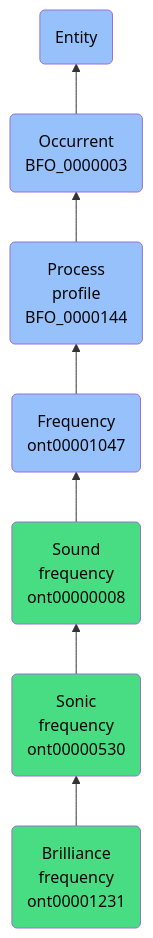
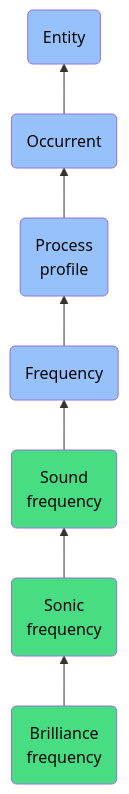
Before and after one commit to jupyter-naas/abi: the diagram in docs/ontology/reference/model/Entity/Occurrent/Process profile/Frequency/Sound frequency/Sonic frequency/Brilliance frequency/Brilliance frequency.md, drawn with Mermaid. The commit also changed other lines of this file and 1430 other files, not shown here.

````diff
--- a/docs/ontology/reference/model/Entity/Occurrent/Process profile/Frequency/Sound frequency/Sonic frequency/Brilliance frequency/Brilliance frequency.md
+++ b/docs/ontology/reference/model/Entity/Occurrent/Process profile/Frequency/Sound frequency/Sonic frequency/Brilliance frequency/Brilliance frequency.md
@@ -24,14 +24,14 @@
 ```mermaid
 graph BT
-    ont00001231(Brilliance<br>frequency<br>ont00001231):::ABI-->ont00000530
-    ont00000530(Sonic<br>frequency<br>ont00000530):::ABI-->ont00000008
-    ont00000008(Sound<br>frequency<br>ont00000008):::ABI-->ont00001047
-    ont00001047(Frequency<br>ont00001047):::BFO-->BFO_0000144
-    BFO_0000144(Process<br>profile<br>BFO_0000144):::BFO-->BFO_0000003
-    BFO_0000003(Occurrent<br>BFO_0000003):::BFO-->BFO_0000001
+    ont00001231(Brilliance<br>frequency):::ABI-->ont00000530
+    ont00000530(Sonic<br>frequency):::ABI-->ont00000008
+    ont00000008(Sound<br>frequency):::ABI-->ont00001047
+    ont00001047(Frequency):::BFO-->BFO_0000144
+    BFO_0000144(Process<br>profile):::BFO-->BFO_0000003
+    BFO_0000003(Occurrent):::BFO-->BFO_0000001
     BFO_0000001(Entity):::BFO
     
     classDef BFO fill:#97c1fb,color:#060606
     classDef CCO fill:#e4c51e,color:#060606
     classDef ABI fill:#48DD82,color:#060606
 ```
````
